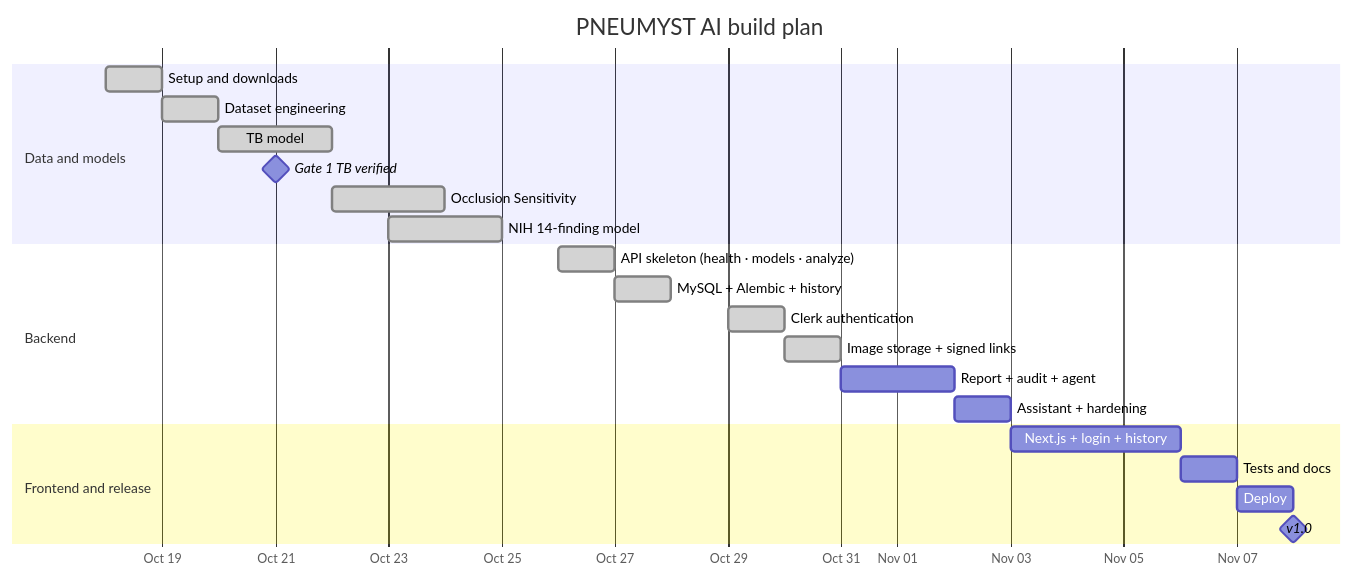
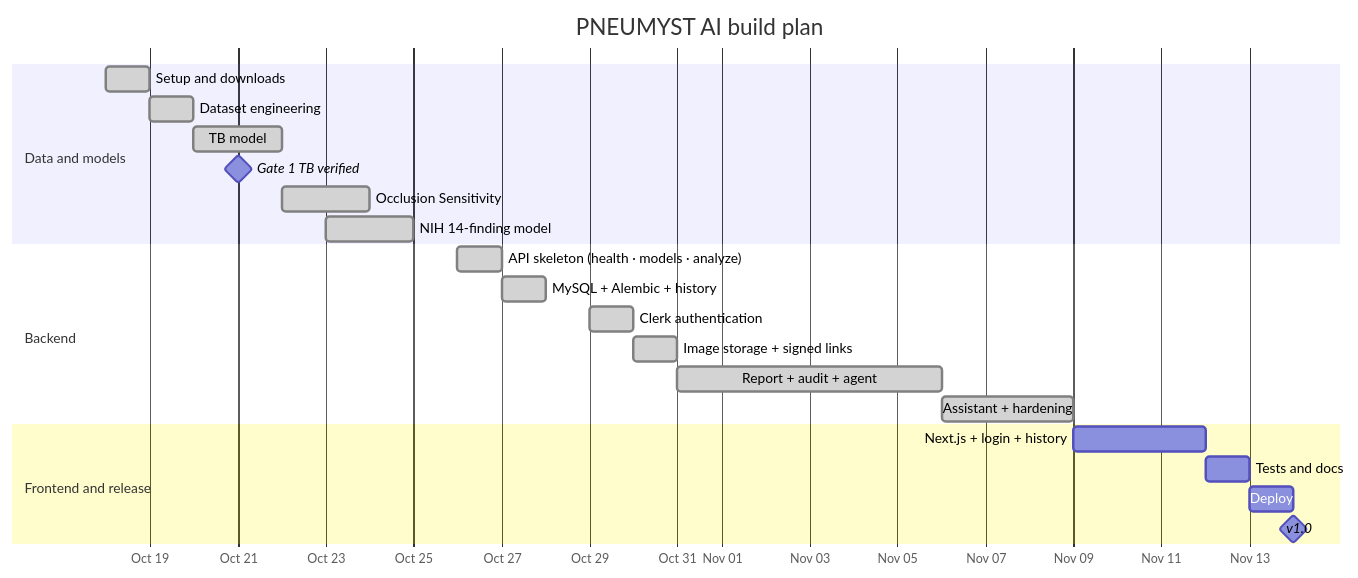
One commit to Fy1zN/pneumyst-ai changed the seventh of 7 diagrams in README.md. Above: the diagram before and after it, drawn with Mermaid. The commit also changed other lines of this file and 1 other file, not shown here.

````diff
--- a/README.md
+++ b/README.md
@@ -911,25 +923,25 @@
 ```mermaid
 gantt
     title PNEUMYST AI build plan
     dateFormat YYYY-MM-DD
     axisFormat %b %d
     section Data and models
     Setup and downloads          :done, a1, 2026-10-18, 1d
     Dataset engineering          :done, a2, 2026-10-19, 1d
     TB model                     :done, a3, 2026-10-20, 2d
     Gate 1 TB verified           :milestone, 2026-10-21, 0d
     Occlusion Sensitivity        :done, a4, 2026-10-22, 2d
     NIH 14-finding model         :done, a5, 2026-10-23, 2d
     section Backend
     API skeleton (health · models · analyze) :done, b1, 2026-10-26, 1d
     MySQL + Alembic + history    :done, b2, 2026-10-27, 1d
     Clerk authentication         :done, b3, 2026-10-29, 1d
     Image storage + signed links :done, b4, 2026-10-30, 1d
-    Report + audit + agent       :b5, after b4, 2d
-    Assistant + hardening        :b6, after b5, 1d
+    Report + audit + agent       :done, b5, 2026-10-31, 6d
+    Assistant + hardening        :done, b6, 2026-11-06, 3d
     section Frontend and release
-    Next.js + login + history    :c1, after b6, 3d
+    Next.js + login + history    :c1, 2026-11-09, 3d
     Tests and docs               :c2, after c1, 1d
     Deploy                       :c3, after c2, 1d
     v1.0                         :milestone, after c3, 0d
 ```
````
